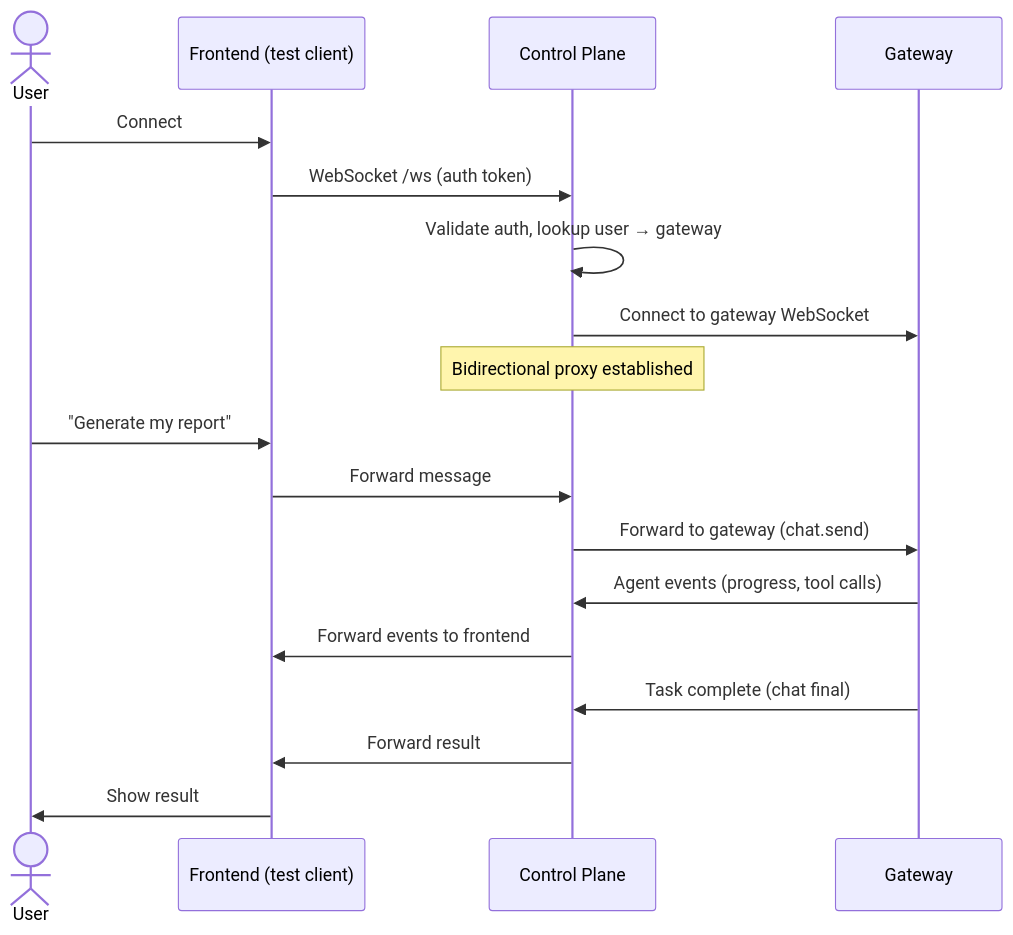
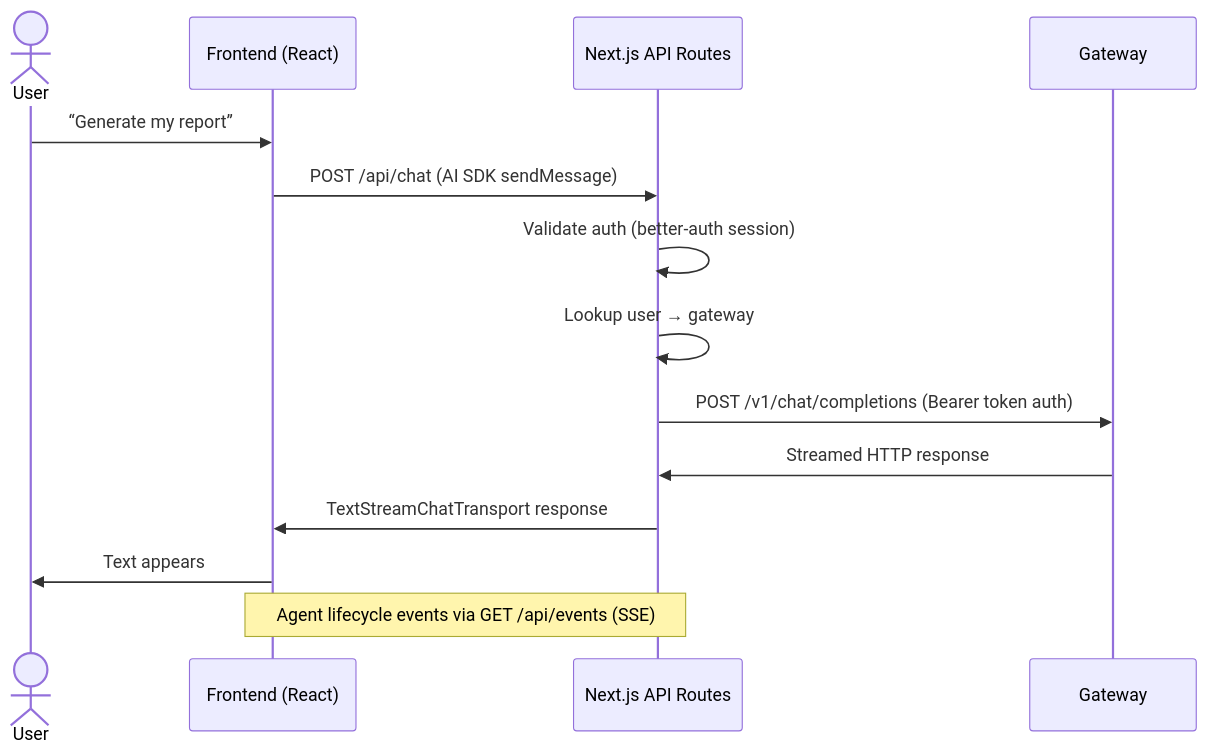
Before and after one commit to 1qh/claw: the third of 5 diagrams in plan/02-gateway.md, drawn with Mermaid. The commit also changed other lines of this file and 181 other files, not shown here.

First line of the commit message:
Phase 4: Next.js frontend with shadcn, better-auth

````diff
--- a/plan/02-gateway.md
+++ b/plan/02-gateway.md
@@ -109,24 +114,19 @@
 ```mermaid
 sequenceDiagram
     actor User
-    participant FE as Frontend (test client)
-    participant CP as Control Plane
+    participant FE as Frontend (React)
+    participant API as Next.js API Routes
     participant GW as Gateway
 
-    User->>FE: Connect
-    FE->>CP: WebSocket /ws (auth token)
-    CP->>CP: Validate auth, lookup user → gateway
-    CP->>GW: Connect to gateway WebSocket
-    Note over CP: Bidirectional proxy established
+    User->>FE: “Generate my report”
+    FE->>API: POST /api/chat (AI SDK sendMessage)
+    API->>API: Validate auth (better-auth session)
+    API->>API: Lookup user → gateway
+    API->>GW: POST /v1/chat/completions (Bearer token auth)
 
-    User->>FE: "Generate my report"
-    FE->>CP: Forward message
-    CP->>GW: Forward to gateway (chat.send)
+    GW->>API: Streamed HTTP response
+    API->>FE: TextStreamChatTransport response
+    FE->>User: Text appears
 
-    GW->>CP: Agent events (progress, tool calls)
-    CP->>FE: Forward events to frontend
-
-    GW->>CP: Task complete (chat final)
-    CP->>FE: Forward result
-    FE->>User: Show result
+    Note over FE,API: Agent lifecycle events via GET /api/events (SSE)
 ```
````
